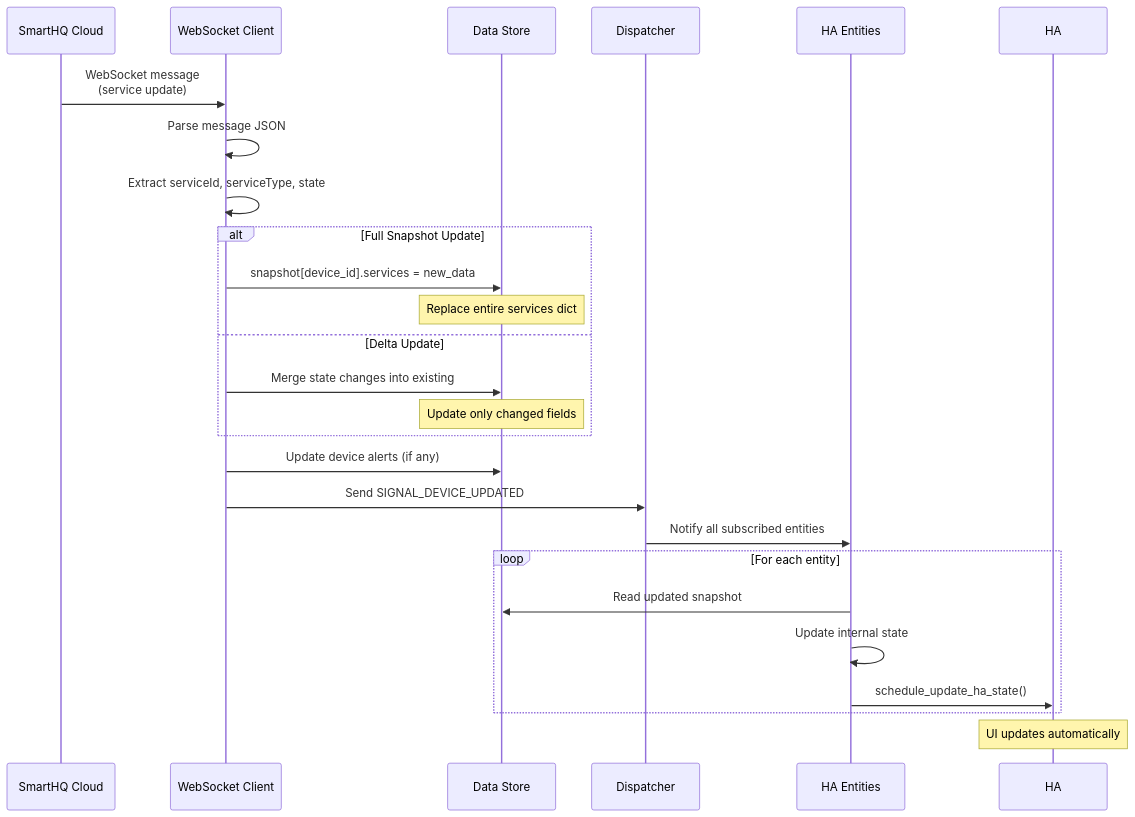
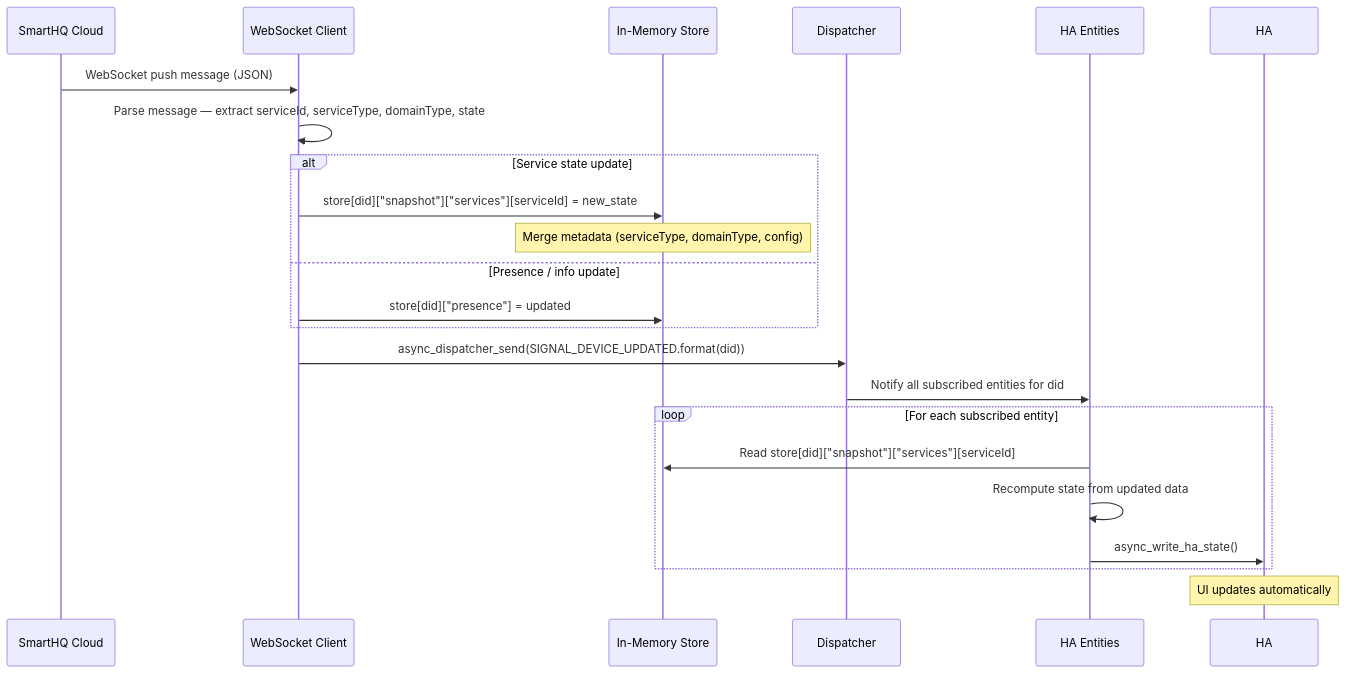
One commit to geappliances/geappliances-smarthq-integration changed the eighth of 8 diagrams in docs/SEQUENCE_DIAGRAMS.md. Above: the diagram before and after it, drawn with Mermaid. The commit also changed other lines of this file, not shown here.

First line of the commit message:
docs: update sequence diagrams for service-based architecture

````diff
--- a/docs/SEQUENCE_DIAGRAMS.md
+++ b/docs/SEQUENCE_DIAGRAMS.md
@@ -266,32 +337,29 @@
 ```mermaid
 sequenceDiagram
     participant Cloud as SmartHQ Cloud
     participant WS as WebSocket Client
-    participant Store as Data Store
+    participant Store as In-Memory Store
     participant Dispatcher
     participant Entities as HA Entities
 
-    Cloud->>WS: WebSocket message<br/>(service update)
-    WS->>WS: Parse message JSON
-    WS->>WS: Extract serviceId, serviceType, state
-    
-    alt Full Snapshot Update
-        WS->>Store: snapshot[device_id].services = new_data
-        Note over Store: Replace entire services dict
-    else Delta Update
-        WS->>Store: Merge state changes into existing
-        Note over Store: Update only changed fields
+    Cloud->>WS: WebSocket push message (JSON)
+    WS->>WS: Parse message — extract serviceId, serviceType, domainType, state
+
+    alt Service state update
+        WS->>Store: store[did]["snapshot"]["services"][serviceId] = new_state
+        Note over Store: Merge metadata (serviceType, domainType, config)
+    else Presence / info update
+        WS->>Store: store[did]["presence"] = updated
     end
-    
-    WS->>Store: Update device alerts (if any)
-    WS->>Dispatcher: Send SIGNAL_DEVICE_UPDATED
-    Dispatcher->>Entities: Notify all subscribed entities
-    
-    loop For each entity
-        Entities->>Store: Read updated snapshot
-        Entities->>Entities: Update internal state
-        Entities->>HA: schedule_update_ha_state()
+
+    WS->>Dispatcher: async_dispatcher_send(SIGNAL_DEVICE_UPDATED.format(did))
+    Dispatcher->>Entities: Notify all subscribed entities for did
+
+    loop For each subscribed entity
+        Entities->>Store: Read store[did]["snapshot"]["services"][serviceId]
+        Entities->>Entities: Recompute state from updated data
+        Entities->>HA: async_write_ha_state()
     end
-    
+
     Note over HA: UI updates automatically
 ```
````
